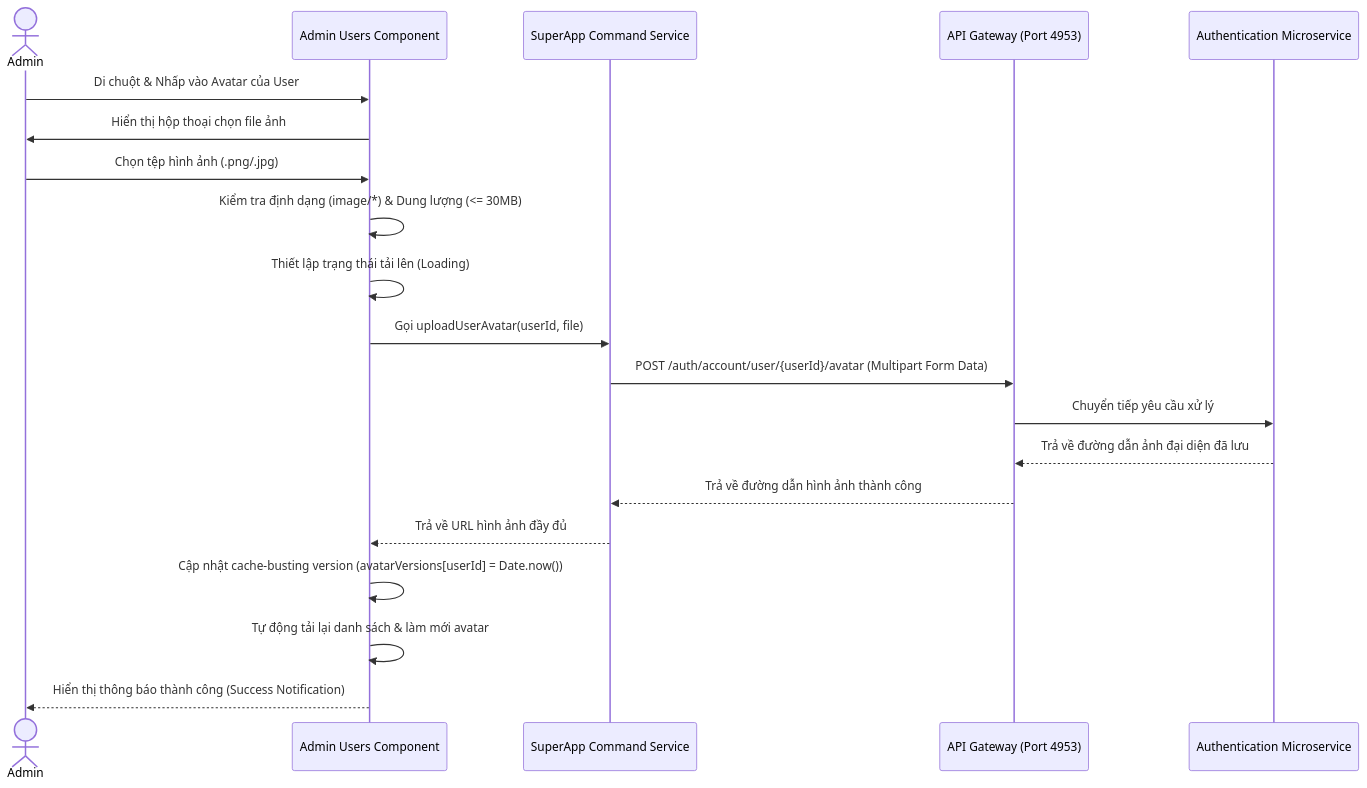
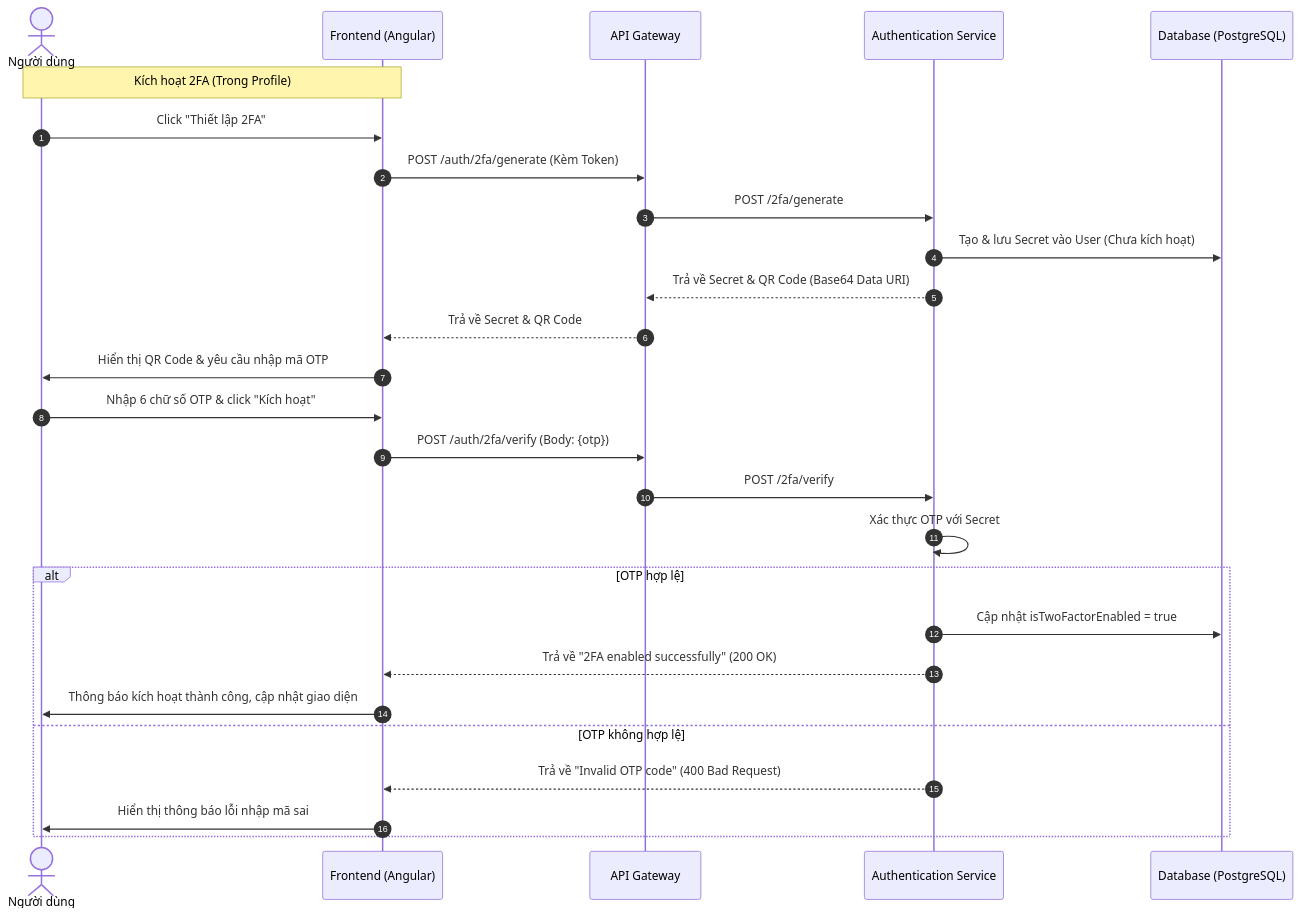
One commit to TruongKinn/BabySystem changed the diagram in documents/authentication-service.md. Above: the diagram before and after it, drawn with Mermaid. The commit also changed other lines of this file and 13 other files, not shown here.

Commit message:
fix(profile): fix 2FA OTP duplicate display and 400 Bad Request error

````diff
--- a/documents/authentication-service.md
+++ b/documents/authentication-service.md
@@ -43,23 +16,30 @@
 ```mermaid
 sequenceDiagram
-    actor Admin
-    participant AdminUI as Admin Users Component
-    participant CmdSvc as SuperApp Command Service
-    participant Gateway as API Gateway (Port 4953)
-    participant AuthSvc as Authentication Microservice
-    
-    Admin->>AdminUI: Di chuột & Nhấp vào Avatar của User
-    AdminUI->>Admin: Hiển thị hộp thoại chọn file ảnh
-    Admin->>AdminUI: Chọn tệp hình ảnh (.png/.jpg)
-    AdminUI->>AdminUI: Kiểm tra định dạng (image/*) & Dung lượng (<= 30MB)
-    AdminUI->>AdminUI: Thiết lập trạng thái tải lên (Loading)
-    AdminUI->>CmdSvc: Gọi uploadUserAvatar(userId, file)
-    CmdSvc->>Gateway: POST /auth/account/user/{userId}/avatar (Multipart Form Data)
-    Gateway->>AuthSvc: Chuyển tiếp yêu cầu xử lý
-    AuthSvc-->>Gateway: Trả về đường dẫn ảnh đại diện đã lưu
-    Gateway-->>CmdSvc: Trả về đường dẫn hình ảnh thành công
-    CmdSvc-->>AdminUI: Trả về URL hình ảnh đầy đủ
-    AdminUI->>AdminUI: Cập nhật cache-busting version (avatarVersions[userId] = Date.now())
-    AdminUI->>AdminUI: Tự động tải lại danh sách & làm mới avatar
-    AdminUI-->>Admin: Hiển thị thông báo thành công (Success Notification)
+    autonumber
+    actor User as Người dùng
+    participant FE as Frontend (Angular)
+    participant GW as API Gateway
+    participant Auth as Authentication Service
+    participant DB as Database (PostgreSQL)
+
+    Note over User, FE: Kích hoạt 2FA (Trong Profile)
+    User->>FE: Click "Thiết lập 2FA"
+    FE->>GW: POST /auth/2fa/generate (Kèm Token)
+    GW->>Auth: POST /2fa/generate
+    Auth->>DB: Tạo & lưu Secret vào User (Chưa kích hoạt)
+    Auth-->>GW: Trả về Secret & QR Code (Base64 Data URI)
+    GW-->>FE: Trả về Secret & QR Code
+    FE->>User: Hiển thị QR Code & yêu cầu nhập mã OTP
+    User->>FE: Nhập 6 chữ số OTP & click "Kích hoạt"
+    FE->>GW: POST /auth/2fa/verify (Body: {otp})
+    GW->>Auth: POST /2fa/verify
+    Auth->>Auth: Xác thực OTP với Secret
+    Alt OTP hợp lệ
+        Auth->>DB: Cập nhật isTwoFactorEnabled = true
+        Auth-->>FE: Trả về "2FA enabled successfully" (200 OK)
+        FE->>User: Thông báo kích hoạt thành công, cập nhật giao diện
+    Else OTP không hợp lệ
+        Auth-->>FE: Trả về "Invalid OTP code" (400 Bad Request)
+        FE->>User: Hiển thị thông báo lỗi nhập mã sai
+    End
 ```
````
